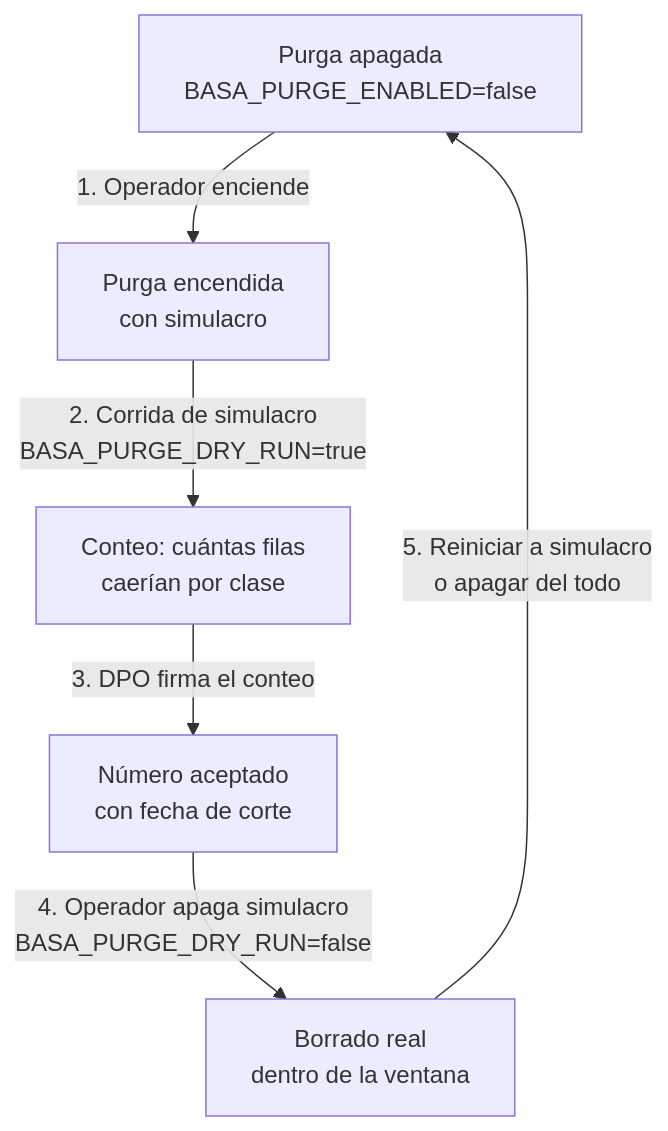
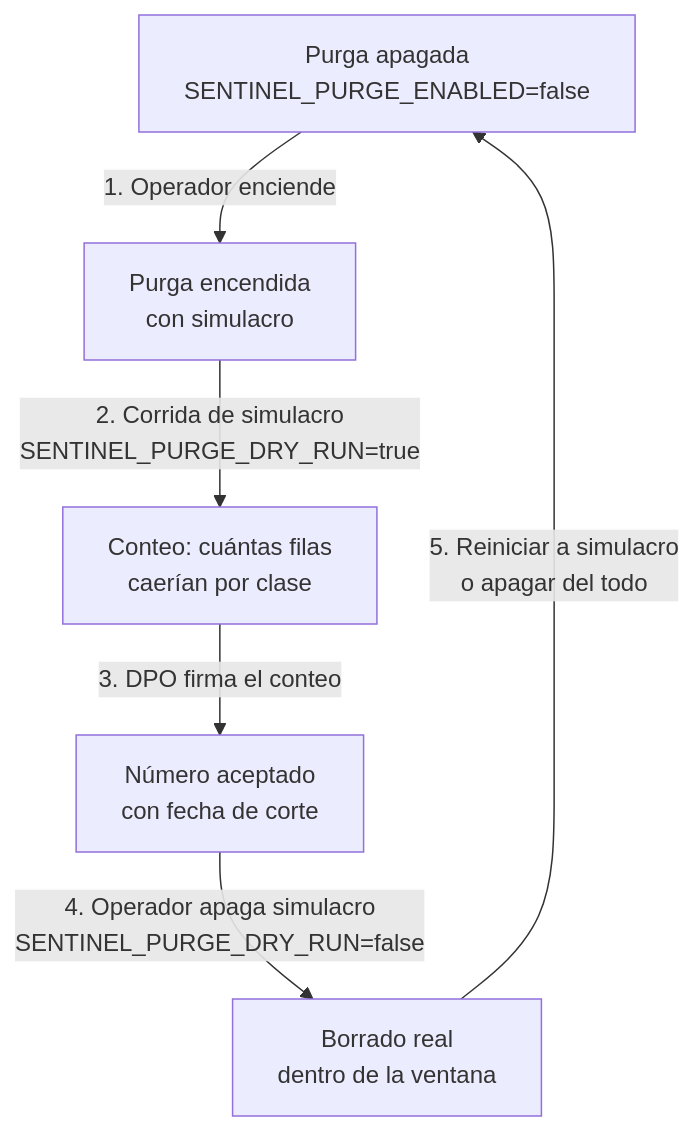
Before and after one commit to cluna-8/elea: the diagram in docs/docs/administration/purga-retencion.md, drawn with Mermaid. The commit also changed other lines of this file and 610 other files, not shown here.

First line of the commit message:
chore: rename Basa → Sentinel en todo el producto

````diff
--- a/docs/docs/administration/purga-retencion.md
+++ b/docs/docs/administration/purga-retencion.md
@@ -31,8 +31,8 @@
 ```mermaid
 flowchart TB
-    OFF[Purga apagada<br/>BASA_PURGE_ENABLED=false] -->|1. Operador enciende| ENB[Purga encendida<br/>con simulacro]
-    ENB -->|2. Corrida de simulacro<br/>BASA_PURGE_DRY_RUN=true| CNT[Conteo: cuántas filas<br/>caerían por clase]
+    OFF[Purga apagada<br/>SENTINEL_PURGE_ENABLED=false] -->|1. Operador enciende| ENB[Purga encendida<br/>con simulacro]
+    ENB -->|2. Corrida de simulacro<br/>SENTINEL_PURGE_DRY_RUN=true| CNT[Conteo: cuántas filas<br/>caerían por clase]
     CNT -->|3. DPO firma el conteo| FIR[Número aceptado<br/>con fecha de corte]
-    FIR -->|4. Operador apaga simulacro<br/>BASA_PURGE_DRY_RUN=false| REAL[Borrado real<br/>dentro de la ventana]
+    FIR -->|4. Operador apaga simulacro<br/>SENTINEL_PURGE_DRY_RUN=false| REAL[Borrado real<br/>dentro de la ventana]
     REAL -->|5. Reiniciar a simulacro<br/>o apagar del todo| OFF
 ```
````
